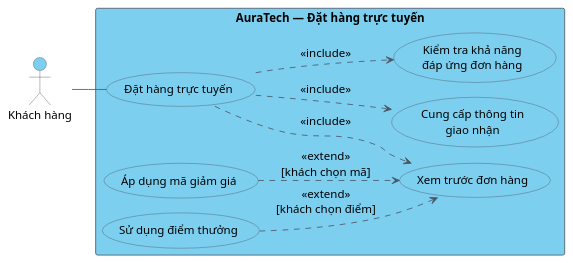
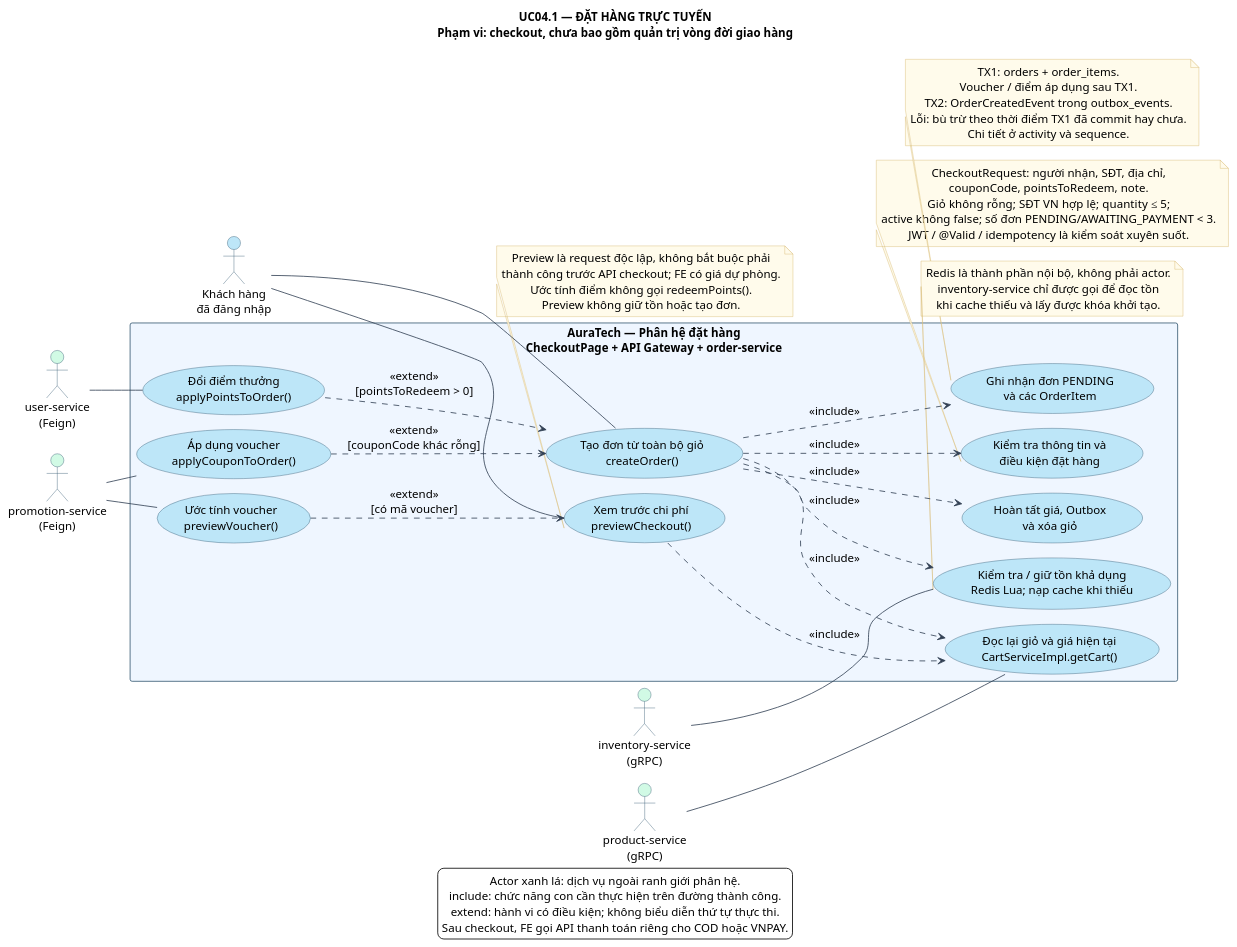
The diagram in docs/bao-cao/chuong-2-dat-hang-thanh-toan/diagrams/dat-hang/01-use-case.puml (Thuannd24/Graduation-Project), drawn with PlantUML before and after one commit. The commit also changed 28 other files, not shown here.

Commit message:
docs: align order and payment diagrams with implementation

```diff
--- a/docs/bao-cao/chuong-2-dat-hang-thanh-toan/diagrams/dat-hang/01-use-case.puml
+++ b/docs/bao-cao/chuong-2-dat-hang-thanh-toan/diagrams/dat-hang/01-use-case.puml
@@ -1,34 +1,95 @@
 @startuml
+' Doi chieu source local ngay 06/11/2026; xem diagrams/DOI_CHIEU_2026-11-06.md.
 skinparam backgroundColor white
 skinparam defaultFontName Arial
 skinparam defaultFontSize 14
 skinparam shadowing false
-skinparam ArrowColor #4B5563
+skinparam ArrowColor #334155
 skinparam ArrowThickness 1
 skinparam defaultTextAlignment center
-skinparam actorBorderColor #4B5563
-skinparam actorBackgroundColor #7DCFF0
+skinparam NoteBackgroundColor #FFFBEB
+skinparam NoteBorderColor #D6B669
+skinparam actorBackgroundColor #BDE6F8
+skinparam actorBorderColor #365A73
+skinparam usecaseBackgroundColor #BDE6F8
+skinparam usecaseBorderColor #365A73
+skinparam rectangleBackgroundColor #EFF6FF
+skinparam rectangleBorderColor #365A73
+skinparam stateBackgroundColor #BDE6F8
+skinparam stateBorderColor #365A73
+skinparam activityBackgroundColor #BDE6F8
+skinparam activityBorderColor #365A73
+skinparam activityDiamondBackgroundColor #FEF3C7
+skinparam activityDiamondBorderColor #365A73
+skinparam swimlaneTitleBackgroundColor #EFF6FF
+skinparam swimlaneTitleFontStyle bold
+skinparam swimlaneBorderColor #94A3B8
+
 !pragma layout smetana
 left to right direction
-skinparam rectangleBackgroundColor #7DCFF0
-skinparam rectangleBorderColor #4B5563
-skinparam usecaseBackgroundColor #7DCFF0
-skinparam usecaseBorderColor #4B5563
-skinparam usecaseFontSize 14
-
-actor "Khách hàng" as Customer
-rectangle "AuraTech — Đặt hàng trực tuyến" {
-  usecase "Đặt hàng trực tuyến" as Order
-  usecase "Xem trước đơn hàng" as Preview
-  usecase "Cung cấp thông tin\ngiao nhận" as Shipping
-  usecase "Kiểm tra khả năng\nđáp ứng đơn hàng" as Availability
-  usecase "Áp dụng mã giảm giá" as Voucher
-  usecase "Sử dụng điểm thưởng" as Points
+title UC04.1 — ĐẶT HÀNG TRỰC TUYẾN\nPhạm vi: checkout, chưa bao gồm quản trị vòng đời giao hàng
+actor "Khách hàng\nđã đăng nhập" as Customer
+actor "product-service\n(gRPC)" as Product #D1FAE5
+actor "inventory-service\n(gRPC)" as Inventory #D1FAE5
+actor "promotion-service\n(Feign)" as Promotion #D1FAE5
+actor "user-service\n(Feign)" as User #D1FAE5
+rectangle "AuraTech — Phân hệ đặt hàng\nCheckoutPage + API Gateway + order-service" {
+  usecase "Xem trước chi phí\npreviewCheckout()" as Preview
+  usecase "Tạo đơn từ toàn bộ giỏ\ncreateOrder()" as Checkout
+  usecase "Đọc lại giỏ và giá hiện tại\nCartServiceImpl.getCart()" as Reprice
+  usecase "Kiểm tra thông tin và\nđiều kiện đặt hàng" as Validate
+  usecase "Kiểm tra / giữ tồn khả dụng\nRedis Lua; nạp cache khi thiếu" as Stock
+  usecase "Ghi nhận đơn PENDING\nvà các OrderItem" as Persist
+  usecase "Hoàn tất giá, Outbox\nvà xóa giỏ" as Complete
+  usecase "Áp dụng voucher\napplyCouponToOrder()" as Voucher
+  usecase "Đổi điểm thưởng\napplyPointsToOrder()" as Points
+  usecase "Ước tính voucher\npreviewVoucher()" as PreviewVoucher
 }
-Customer -- Order
-Order ..> Preview : <<include>>
-Order ..> Shipping : <<include>>
-Order ..> Availability : <<include>>
-Voucher ..> Preview : <<extend>>\n[khách chọn mã]
-Points ..> Preview : <<extend>>\n[khách chọn điểm]
+Customer -- Preview
+Customer -- Checkout
+Preview ..> Reprice : <<include>>
+Checkout ..> Reprice : <<include>>
+Checkout ..> Validate : <<include>>
+Checkout ..> Stock : <<include>>
+Checkout ..> Persist : <<include>>
+Checkout ..> Complete : <<include>>
+Voucher ..> Checkout : <<extend>>\n[couponCode khác rỗng]
+Points ..> Checkout : <<extend>>\n[pointsToRedeem > 0]
+PreviewVoucher ..> Preview : <<extend>>\n[có mã voucher]
+Product -- Reprice
+Inventory -- Stock
+Promotion -- Voucher
+Promotion -- PreviewVoucher
+User -- Points
+note bottom of Validate
+  CheckoutRequest: người nhận, SĐT, địa chỉ,
+  couponCode, pointsToRedeem, note.
+  Giỏ không rỗng; SĐT VN hợp lệ; quantity ≤ 5;
+  active không false; số đơn PENDING/AWAITING_PAYMENT < 3.
+  JWT / @Valid / idempotency là kiểm soát xuyên suốt.
+end note
+note bottom of Persist
+  TX1: orders + order_items.
+  Voucher / điểm áp dụng sau TX1.
+  TX2: OrderCreatedEvent trong outbox_events.
+  Lỗi: bù trừ theo thời điểm TX1 đã commit hay chưa.
+  Chi tiết ở activity và sequence.
+end note
+note bottom of Preview
+  Preview là request độc lập, không bắt buộc phải
+  thành công trước API checkout; FE có giá dự phòng.
+  Ước tính điểm không gọi redeemPoints().
+  Preview không giữ tồn hoặc tạo đơn.
+end note
+note bottom of Stock
+  Redis là thành phần nội bộ, không phải actor.
+  inventory-service chỉ được gọi để đọc tồn
+  khi cache thiếu và lấy được khóa khởi tạo.
+end note
+legend bottom
+  Actor xanh lá: dịch vụ ngoài ranh giới phân hệ.
+  include: chức năng con cần thực hiện trên đường thành công.
+  extend: hành vi có điều kiện; không biểu diễn thứ tự thực thi.
+  Sau checkout, FE gọi API thanh toán riêng cho COD hoặc VNPAY.
+endlegend
 @enduml
```
